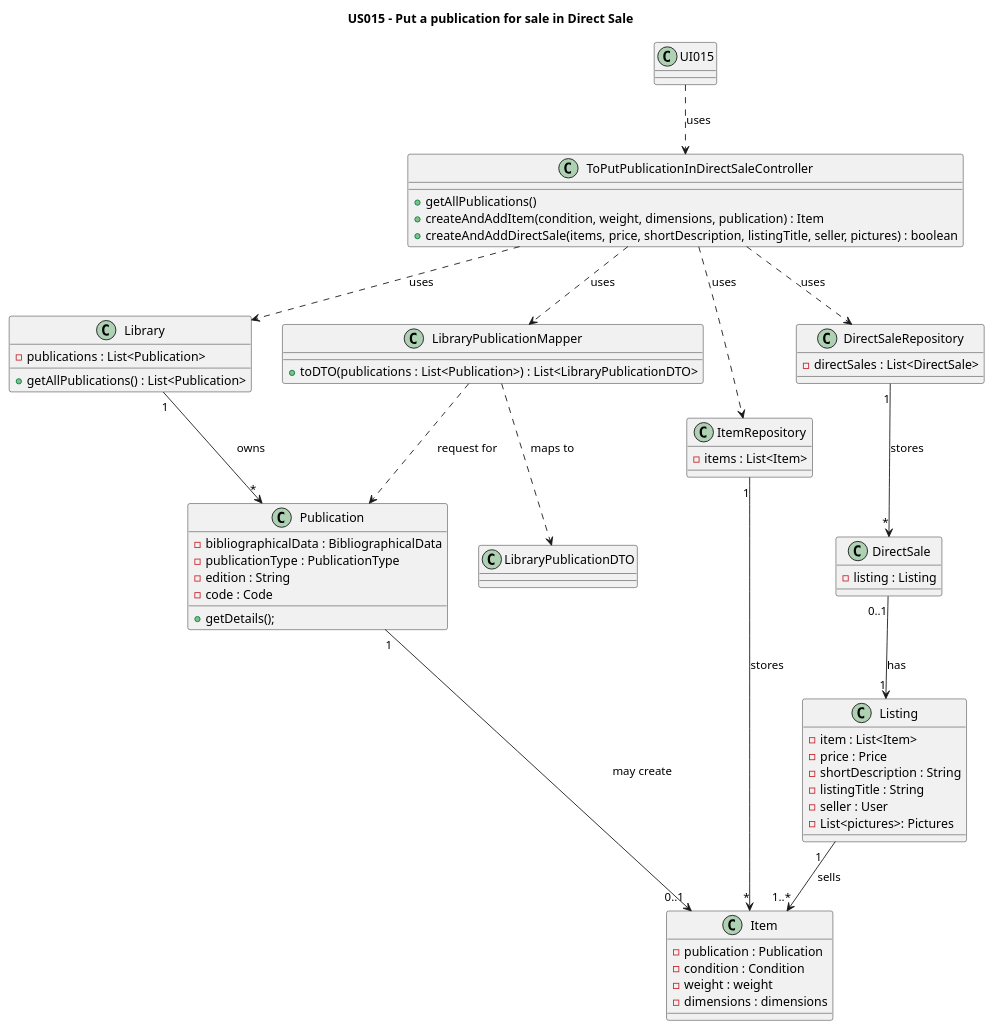
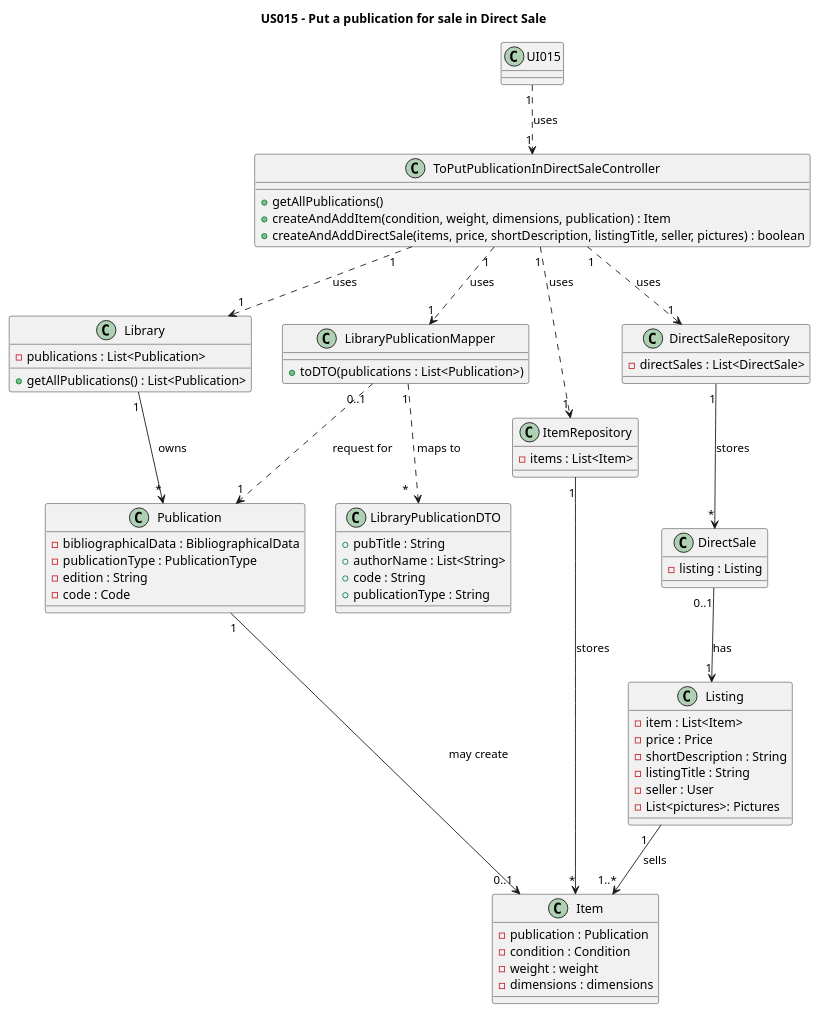
Before and after one commit to AndrePereiraGitH/SWitCH-Project-Team_A: the diagram in Diagrams/ClassDiagrams/US015-to-put-for-sale-a-publication-in-my-library-in-a-Direct-Sale.puml, drawn with PlantUML. The commit also changed 2 other files, not shown here.

```diff
--- a/Diagrams/ClassDiagrams/US015-to-put-for-sale-a-publication-in-my-library-in-a-Direct-Sale.puml
+++ b/Diagrams/ClassDiagrams/US015-to-put-for-sale-a-publication-in-my-library-in-a-Direct-Sale.puml
@@ -1,79 +1,82 @@
 @startuml
 title US015 - Put a publication for sale in Direct Sale
 
 class UI015 {}
 
 class ToPutPublicationInDirectSaleController {
     + getAllPublications()
     + createAndAddItem(condition, weight, dimensions, publication) : Item
     + createAndAddDirectSale(items, price, shortDescription, listingTitle, seller, pictures) : boolean
 }
 class Library {
     - publications : List<Publication>
     + getAllPublications() : List<Publication>
 }
 
 class Publication {
     - bibliographicalData : BibliographicalData
     - publicationType : PublicationType
     - edition : String
     - code : Code
-    +getDetails();
 }
 
-class LibraryPublicationDTO
+class LibraryPublicationDTO {
++ pubTitle : String
++ authorName : List<String>
++ code : String
++ publicationType : String
+}
 
 class LibraryPublicationMapper {
-    + toDTO(publications : List<Publication>) : List<LibraryPublicationDTO>
-
+    + toDTO(publications : List<Publication>)
 }
 
 class Item {
     - publication : Publication
     - condition : Condition
     - weight : weight
     - dimensions : dimensions
 }
 
 class Listing {
     - item : List<Item>
     - price : Price
     - shortDescription : String
     - listingTitle : String
     - seller : User
     - List<pictures>: Pictures
 }
 class DirectSale {
     - listing : Listing
 }
 
 class ItemRepository {
     - items : List<Item>
 }
 
 class DirectSaleRepository {
     - directSales : List<DirectSale>
 }
 
 ' --- UI flow ---
-UI015 -.> ToPutPublicationInDirectSaleController : uses
+UI015 "1" -.> "1" ToPutPublicationInDirectSaleController : uses
 
 ' --- Use relationships ---
-ToPutPublicationInDirectSaleController -.> Library : uses
-ToPutPublicationInDirectSaleController -.> LibraryPublicationMapper : uses
-ToPutPublicationInDirectSaleController -.> ItemRepository : uses
-ToPutPublicationInDirectSaleController -.> DirectSaleRepository : uses
+ToPutPublicationInDirectSaleController "1" -.> "1" Library : uses
+ToPutPublicationInDirectSaleController "1"-.> "1" LibraryPublicationMapper : uses
+ToPutPublicationInDirectSaleController "1"-.> "1"ItemRepository : uses
+ToPutPublicationInDirectSaleController "1"-.> "1" DirectSaleRepository : uses
 
 ' --- Core domain relationships ---
 Library "1" --> "*" Publication : owns
 Publication "1" -> "0..1" Item : may create
 Listing "1   " --> "1..*" Item : sells
 DirectSale "0..1" --> "1" Listing : has
 
 ItemRepository "1" --> "*" Item : stores
 DirectSaleRepository "1" --> "*" DirectSale : stores
 
-LibraryPublicationMapper -.> Publication : request for
-LibraryPublicationMapper -.> LibraryPublicationDTO : maps to
+LibraryPublicationMapper "0..1" -.> "1" Publication : request for
+LibraryPublicationMapper "1" -.> " *   " LibraryPublicationDTO : maps to
 
 @enduml
```
